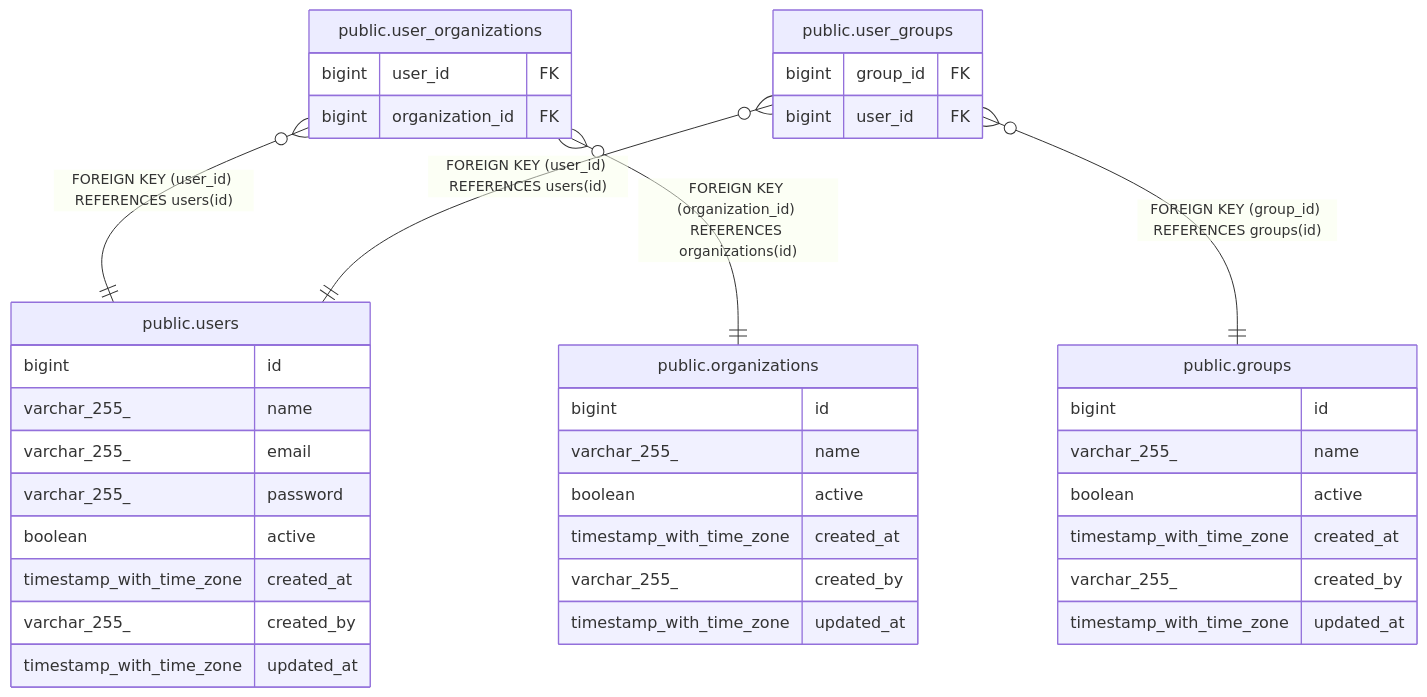
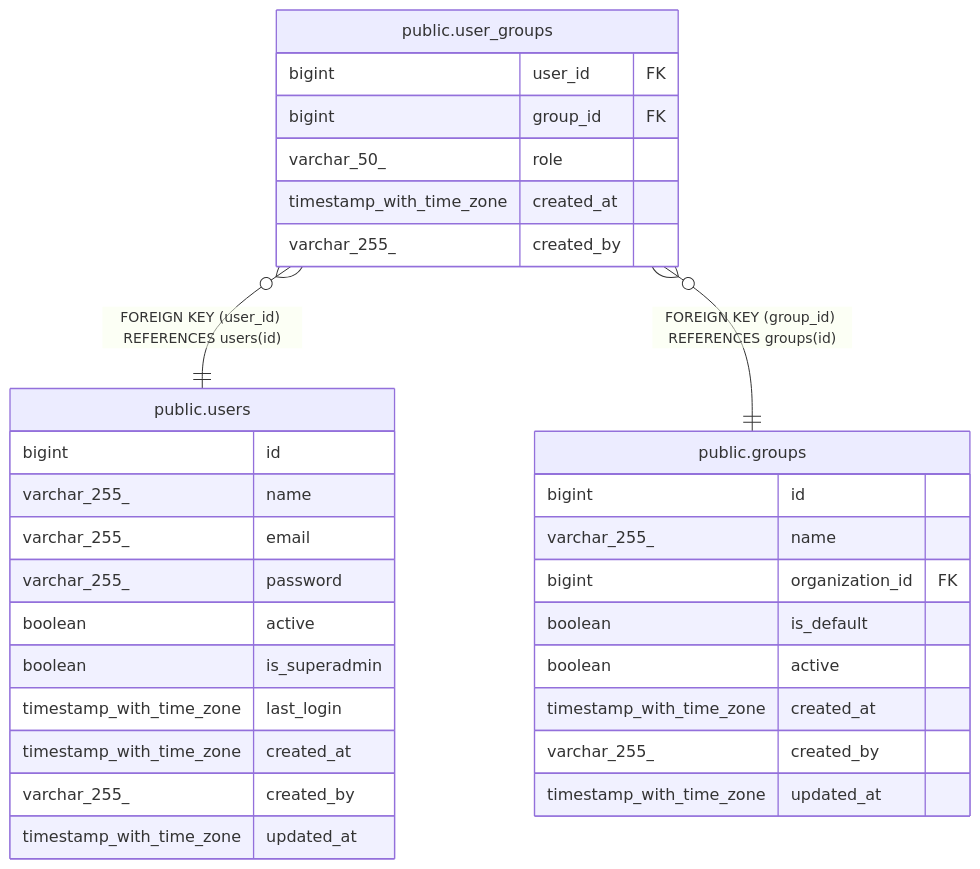
One commit to toabctl/kitamanager-go changed the diagram in docs/schema/public.users.md. Above: the diagram before and after it, drawn with Mermaid. The commit also changed other lines of this file and 41 other files, not shown here.

````diff
--- a/docs/schema/public.users.md
+++ b/docs/schema/public.users.md
@@ -37,43 +39,36 @@
 ```mermaid
 erDiagram
 
-"public.user_organizations" }o--|| "public.users" : "FOREIGN KEY (user_id) REFERENCES users(id)"
-"public.user_organizations" }o--|| "public.organizations" : "FOREIGN KEY (organization_id) REFERENCES organizations(id)"
 "public.user_groups" }o--|| "public.users" : "FOREIGN KEY (user_id) REFERENCES users(id)"
 "public.user_groups" }o--|| "public.groups" : "FOREIGN KEY (group_id) REFERENCES groups(id)"
 
 "public.users" {
   bigint id
   varchar_255_ name
   varchar_255_ email
   varchar_255_ password
   boolean active
-  timestamp_with_time_zone created_at
-  varchar_255_ created_by
-  timestamp_with_time_zone updated_at
-}
-"public.user_organizations" {
-  bigint user_id FK
-  bigint organization_id FK
-}
-"public.organizations" {
-  bigint id
-  varchar_255_ name
-  boolean active
+  boolean is_superadmin
+  timestamp_with_time_zone last_login
   timestamp_with_time_zone created_at
   varchar_255_ created_by
   timestamp_with_time_zone updated_at
 }
 "public.user_groups" {
+  bigint user_id FK
   bigint group_id FK
-  bigint user_id FK
+  varchar_50_ role
+  timestamp_with_time_zone created_at
+  varchar_255_ created_by
 }
 "public.groups" {
   bigint id
   varchar_255_ name
+  bigint organization_id FK
+  boolean is_default
   boolean active
   timestamp_with_time_zone created_at
   varchar_255_ created_by
   timestamp_with_time_zone updated_at
 }
 ```
````
